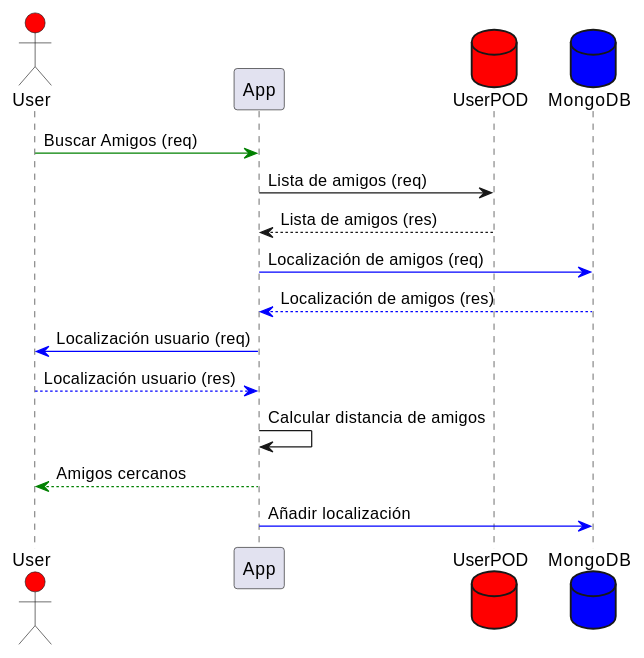
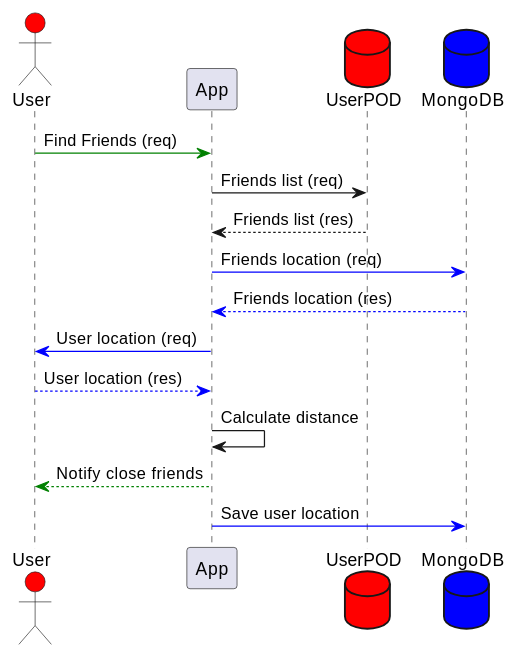
The first of 3 diagrams in webapp/docs/06_runtime_view.adoc (Arquisoft/radarin_es3b), drawn with PlantUML before and after one commit. The commit also changed other lines of this file, not shown here.

Commit message:
modified diagrams section 6
Resolved issue #48

```diff
--- a/webapp/docs/06_runtime_view.adoc
+++ b/webapp/docs/06_runtime_view.adoc
@@ -43,19 +43,19 @@
 [plantuml,"location diagram",png]
 ----
 @startuml
 actor User #red
 participant App
 database UserPOD #red
 database MongoDB #blue
-User -[#green]> App: Buscar Amigos (req)
-App -> UserPOD: Lista de amigos (req)
-App <-- UserPOD: Lista de amigos (res)
-App -[#blue]> MongoDB: Localización de amigos (req)
-App <[#blue]-- MongoDB: Localización de amigos (res)
-App -[#blue]>  User: Localización usuario (req)
-App <[#blue]--  User: Localización usuario (res)
-App -> App: Calcular distancia de amigos
-App --[#green]> User: Amigos cercanos
-App -[#blue]> MongoDB: Añadir localización
+User -[#green]> App: Find Friends (req)
+App -> UserPOD: Friends list (req)
+App <-- UserPOD: Friends list (res)
+App -[#blue]> MongoDB: Friends location (req)
+App <[#blue]-- MongoDB: Friends location (res)
+App -[#blue]>  User: User location (req)
+App <[#blue]--  User: User location (res)
+App -> App: Calculate distance
+App --[#green]> User: Notify close friends
+App -[#blue]> MongoDB: Save user location
 @enduml
 ----
```
